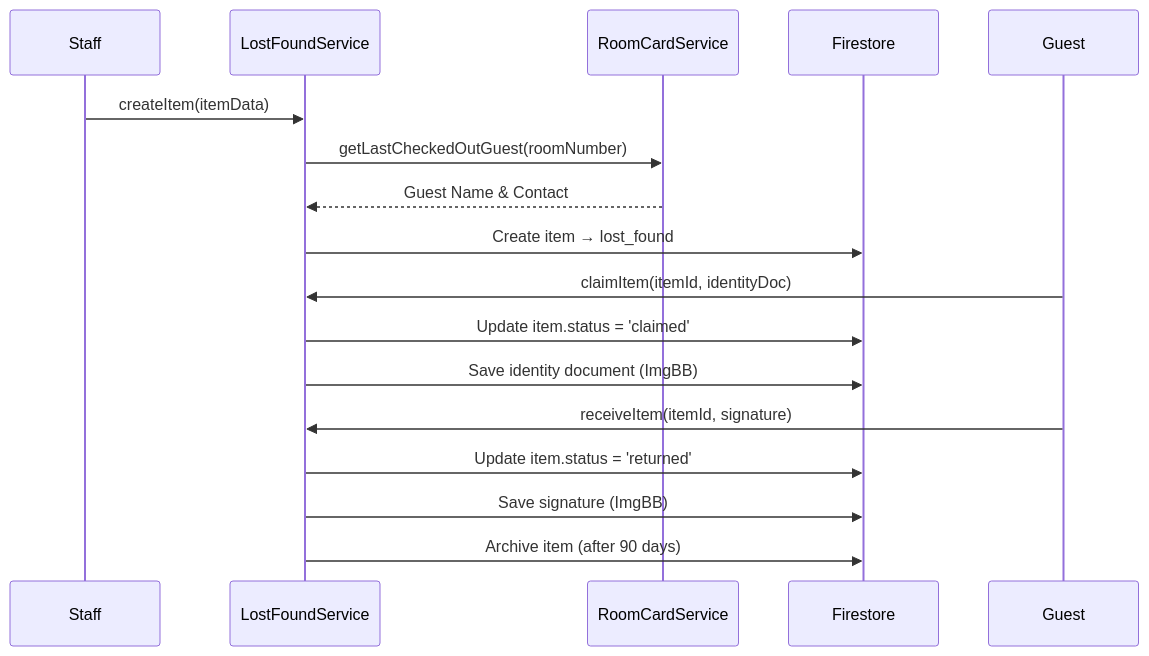
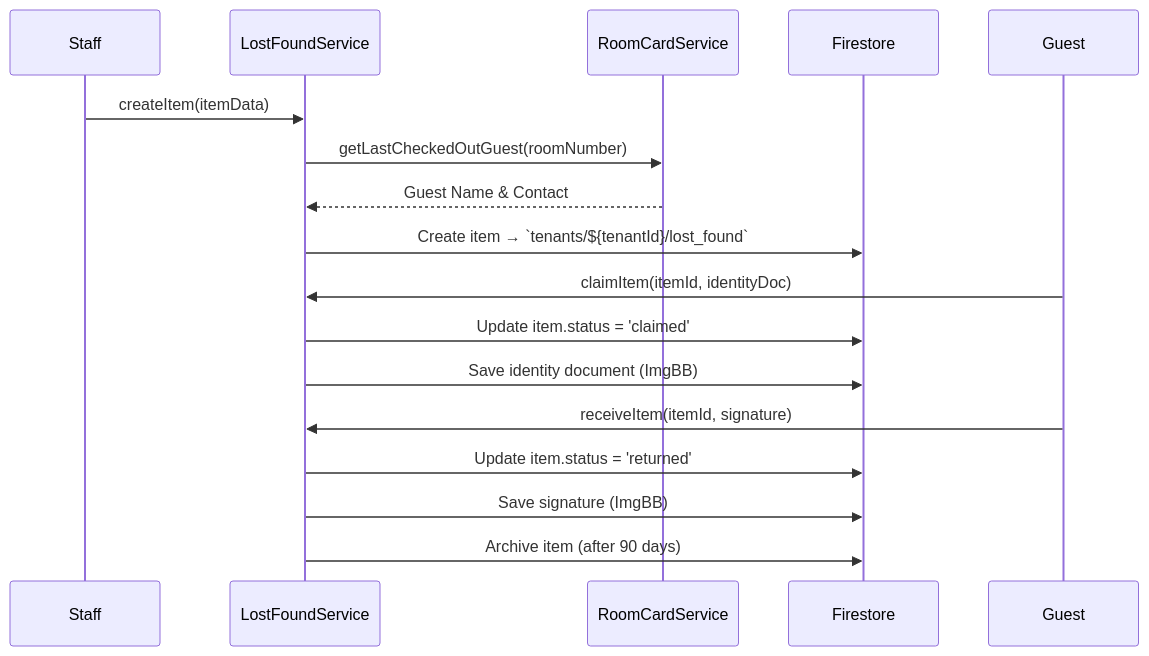
One commit to 77aayy/Adora-System2026 changed the tenth of 25 diagrams in DATA_FLOW_DOCUMENTATION.md. Above: the diagram before and after it, drawn with Mermaid. The commit also changed other lines of this file and 15 other files, not shown here.

First line of the commit message:
fix: Critical Security & Data Flow fixes - Clean Dev Comments

````diff
--- a/DATA_FLOW_DOCUMENTATION.md
+++ b/DATA_FLOW_DOCUMENTATION.md
@@ -416,22 +416,22 @@
 ```mermaid
 sequenceDiagram
     participant Staff
     participant LostFoundService
     participant RoomCardService
     participant Firestore
     participant Guest
 
     Staff->>LostFoundService: createItem(itemData)
     LostFoundService->>RoomCardService: getLastCheckedOutGuest(roomNumber)
     RoomCardService-->>LostFoundService: Guest Name & Contact
-    LostFoundService->>Firestore: Create item → lost_found
+    LostFoundService->>Firestore: Create item → `tenants/${tenantId}/lost_found`
     
     Guest->>LostFoundService: claimItem(itemId, identityDoc)
     LostFoundService->>Firestore: Update item.status = 'claimed'
     LostFoundService->>Firestore: Save identity document (ImgBB)
     
     Guest->>LostFoundService: receiveItem(itemId, signature)
     LostFoundService->>Firestore: Update item.status = 'returned'
     LostFoundService->>Firestore: Save signature (ImgBB)
     LostFoundService->>Firestore: Archive item (after 90 days)
 ```
````
